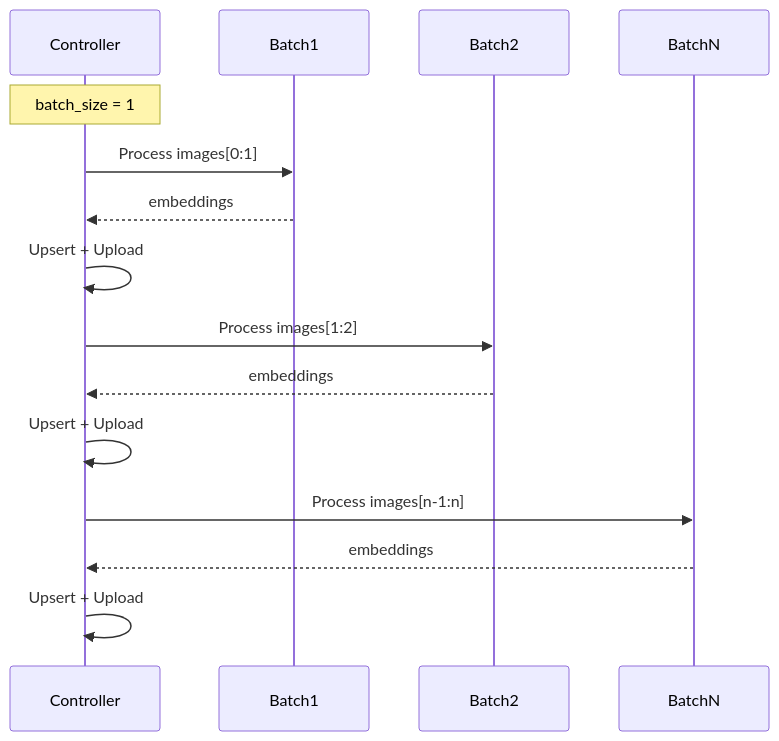
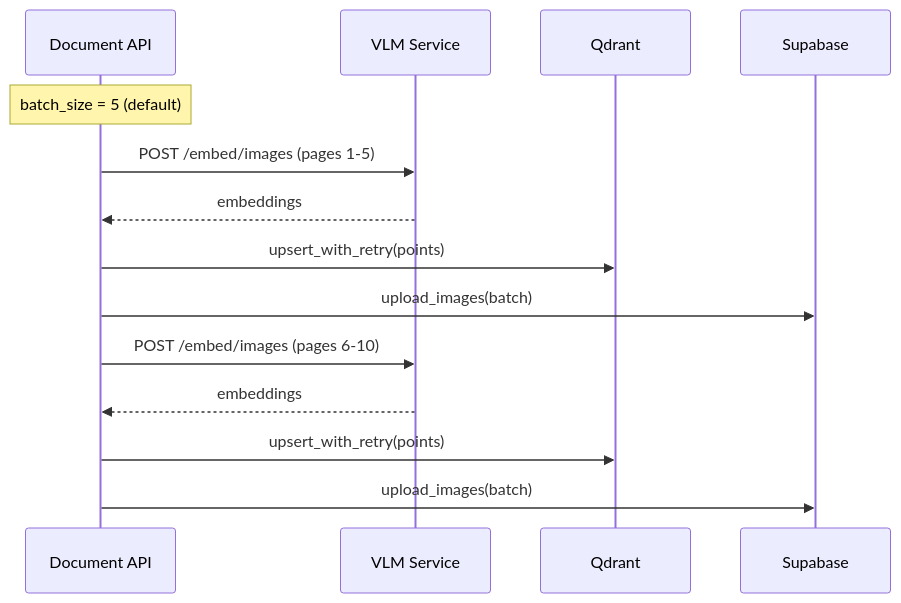
One commit to akosgintl/colpali-rag-app changed the tenth of 10 diagrams in docs/data-flow.md. Above: the diagram before and after it, drawn with Mermaid. The commit also changed other lines of this file and 84 other files, not shown here.

Commit message:
refactored to document-api and colpali-vlm projects

````diff
--- a/docs/data-flow.md
+++ b/docs/data-flow.md
@@ -386,21 +300,19 @@
 ```mermaid
 sequenceDiagram
-    participant Controller
-    participant Batch1
-    participant Batch2
-    participant BatchN
+    participant API as Document API
+    participant VLM as VLM Service
+    participant Qdrant
+    participant Supabase
 
-    Note over Controller: batch_size = 1
+    Note over API: batch_size = 5 (default)
 
-    Controller->>Batch1: Process images[0:1]
-    Batch1-->>Controller: embeddings
-    Controller->>Controller: Upsert + Upload
+    API->>VLM: POST /embed/images (pages 1-5)
+    VLM-->>API: embeddings
+    API->>Qdrant: upsert_with_retry(points)
+    API->>Supabase: upload_images(batch)
 
-    Controller->>Batch2: Process images[1:2]
-    Batch2-->>Controller: embeddings
-    Controller->>Controller: Upsert + Upload
-
-    Controller->>BatchN: Process images[n-1:n]
-    BatchN-->>Controller: embeddings
-    Controller->>Controller: Upsert + Upload
+    API->>VLM: POST /embed/images (pages 6-10)
+    VLM-->>API: embeddings
+    API->>Qdrant: upsert_with_retry(points)
+    API->>Supabase: upload_images(batch)
 ```
````
